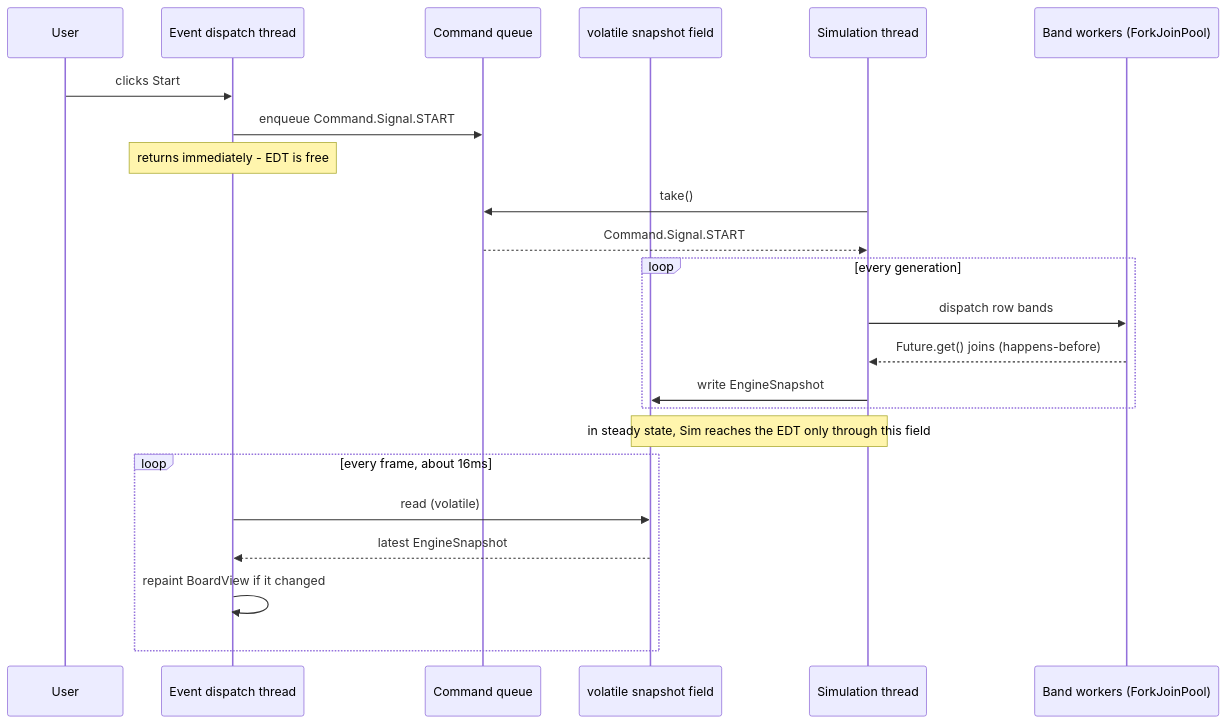
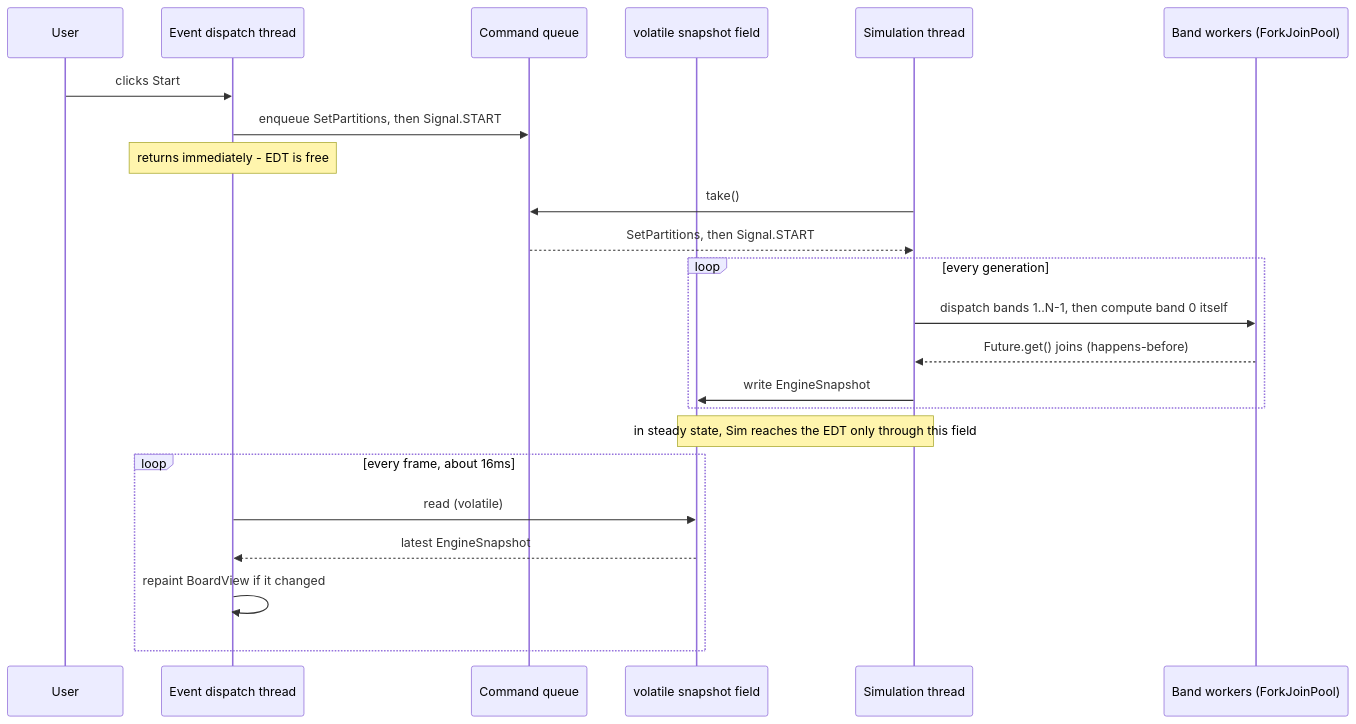
One commit to ymoroz89/conway-game-of-life-gui changed the second of 2 diagrams in README.md. Above: the diagram before and after it, drawn with Mermaid. The commit also changed other lines of this file, not shown here.

````diff
--- a/README.md
+++ b/README.md
@@ -313,29 +386,29 @@
 ```mermaid
 sequenceDiagram
     participant User
     participant EDT as Event dispatch thread
     participant Queue as Command queue
     participant Snap as volatile snapshot field
     participant Sim as Simulation thread
     participant Workers as Band workers (ForkJoinPool)
 
     User->>EDT: clicks Start
-    EDT->>Queue: enqueue Command.Signal.START
+    EDT->>Queue: enqueue SetPartitions, then Signal.START
     Note over EDT: returns immediately - EDT is free
     Sim->>Queue: take()
-    Queue-->>Sim: Command.Signal.START
+    Queue-->>Sim: SetPartitions, then Signal.START
 
     loop every generation
-        Sim->>Workers: dispatch row bands
+        Sim->>Workers: dispatch bands 1..N-1, then compute band 0 itself
         Workers-->>Sim: Future.get() joins (happens-before)
         Sim->>Snap: write EngineSnapshot
     end
 
     Note over Snap,Sim: in steady state, Sim reaches the EDT only through this field
 
     loop every frame, about 16ms
         EDT->>Snap: read (volatile)
         Snap-->>EDT: latest EngineSnapshot
         EDT->>EDT: repaint BoardView if it changed
     end
 ```
````
